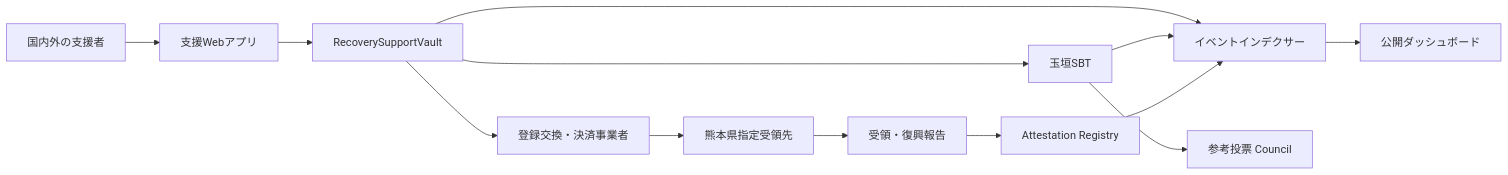
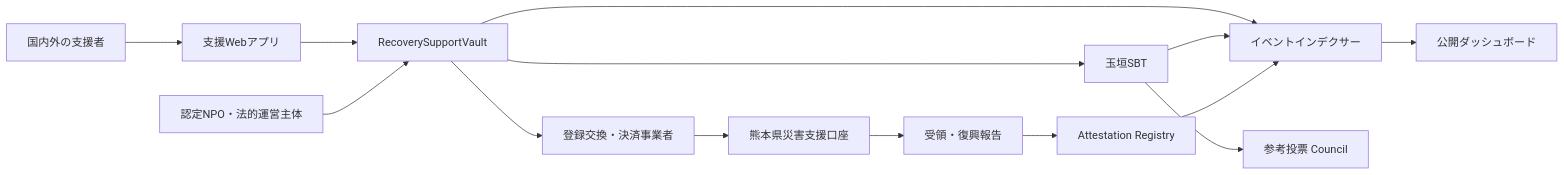
The first of 3 diagrams in docs/architecture.md (ShigeichiroYamasaki/yui-no-kaki-kumamoto), drawn with Mermaid before and after one commit. The commit also changed other lines of this file and 44 other files, not shown here.

````diff
--- a/docs/architecture.md
+++ b/docs/architecture.md
@@ -5,15 +5,16 @@
 ```mermaid
 flowchart LR
   S[国内外の支援者] --> W[支援Webアプリ]
   W --> V[RecoverySupportVault]
+  N["認定NPO・法的運営主体"] --> V
   V --> T[玉垣SBT]
   V --> X[登録交換・決済事業者]
-  X --> K[熊本県指定受領先]
+  X --> K[熊本県災害支援口座]
   K --> A[受領・復興報告]
   A --> R[Attestation Registry]
   V --> I[イベントインデクサー]
   T --> I
   R --> I
   I --> D[公開ダッシュボード]
   T --> C[参考投票 Council]
 ```
````
